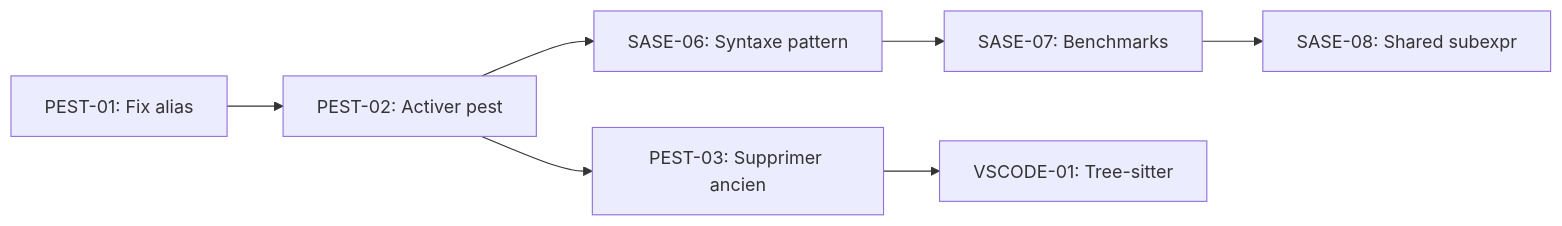
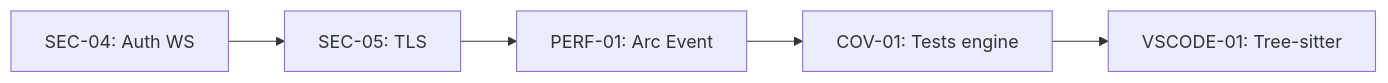
Before and after one commit to varpulis/varpulis: the diagram in docs/development/KANBAN.md, drawn with Mermaid. The commit also changed other lines of this file and 7 other files, not shown here.

````diff
--- a/docs/development/KANBAN.md
+++ b/docs/development/KANBAN.md
@@ -234,9 +305,7 @@
 ```mermaid
 graph LR
-    PEST01[PEST-01: Fix alias] --> PEST02[PEST-02: Activer pest]
-    PEST02 --> PEST03[PEST-03: Supprimer ancien]
-    PEST02 --> SASE06[SASE-06: Syntaxe pattern]
-    SASE06 --> SASE07[SASE-07: Benchmarks]
-    SASE07 --> SASE08[SASE-08: Shared subexpr]
-    PEST03 --> VSCODE01[VSCODE-01: Tree-sitter]
+    SEC04[SEC-04: Auth WS] --> SEC05[SEC-05: TLS]
+    SEC05 --> PERF01[PERF-01: Arc Event]
+    PERF01 --> COV01[COV-01: Tests engine]
+    COV01 --> VSCODE01[VSCODE-01: Tree-sitter]
 ```
````
